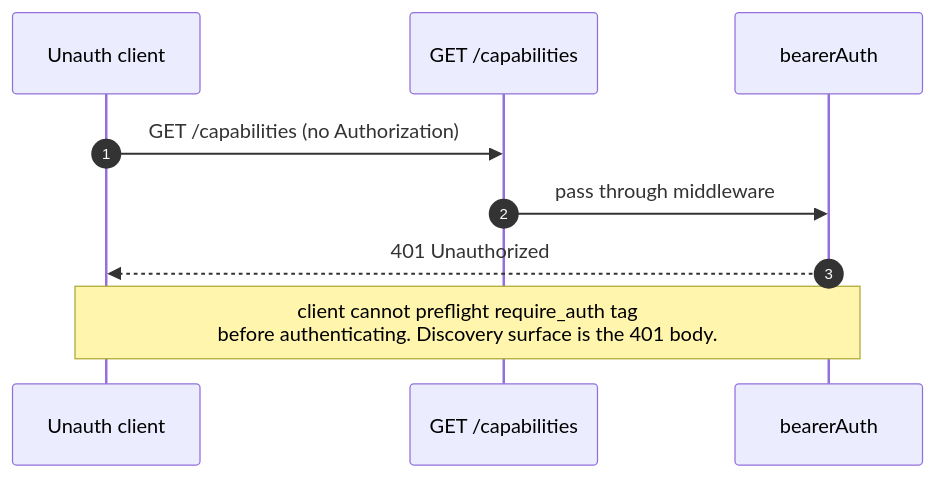
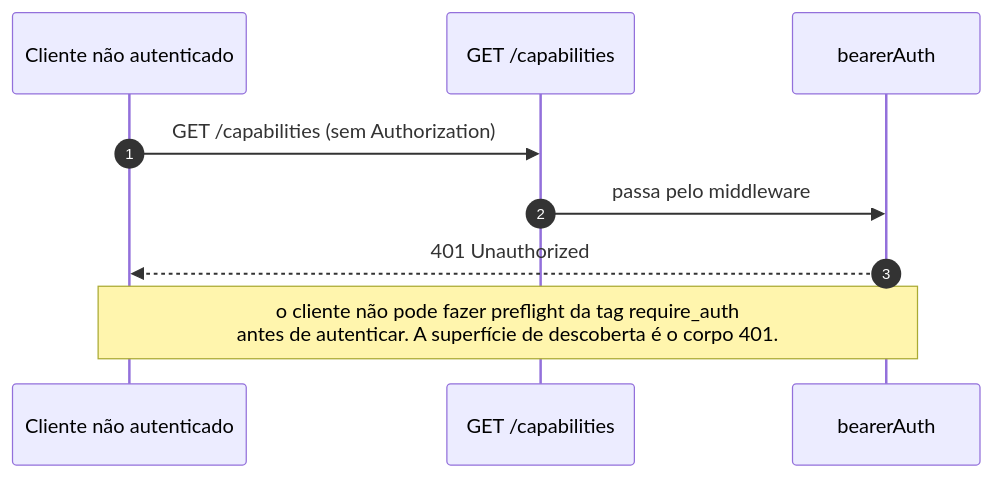
Before and after one commit to QwenLM/qwen-code-docs: the third of 4 diagrams in website/content/pt-BR/developers/daemon/12-auth-security.md, drawn with Mermaid. The commit also changed other lines of this file and 1077 other files, not shown here.

````diff
--- a/website/content/pt-BR/developers/daemon/12-auth-security.md
+++ b/website/content/pt-BR/developers/daemon/12-auth-security.md
@@ -221,12 +202,12 @@
 ```mermaid
 sequenceDiagram
     autonumber
-    participant C as Unauth client
+    participant C as Cliente não autenticado
     participant CAPS as GET /capabilities
     participant BA as bearerAuth
 
-    C->>CAPS: GET /capabilities (no Authorization)
-    CAPS->>BA: pass through middleware
+    C->>CAPS: GET /capabilities (sem Authorization)
+    CAPS->>BA: passa pelo middleware
     BA-->>C: 401 Unauthorized
-    Note over C,BA: client cannot preflight require_auth tag<br/>before authenticating. Discovery surface is the 401 body.
+    Note over C,BA: o cliente não pode fazer preflight da tag require_auth<br/>antes de autenticar. A superfície de descoberta é o corpo 401.
 ```
````
